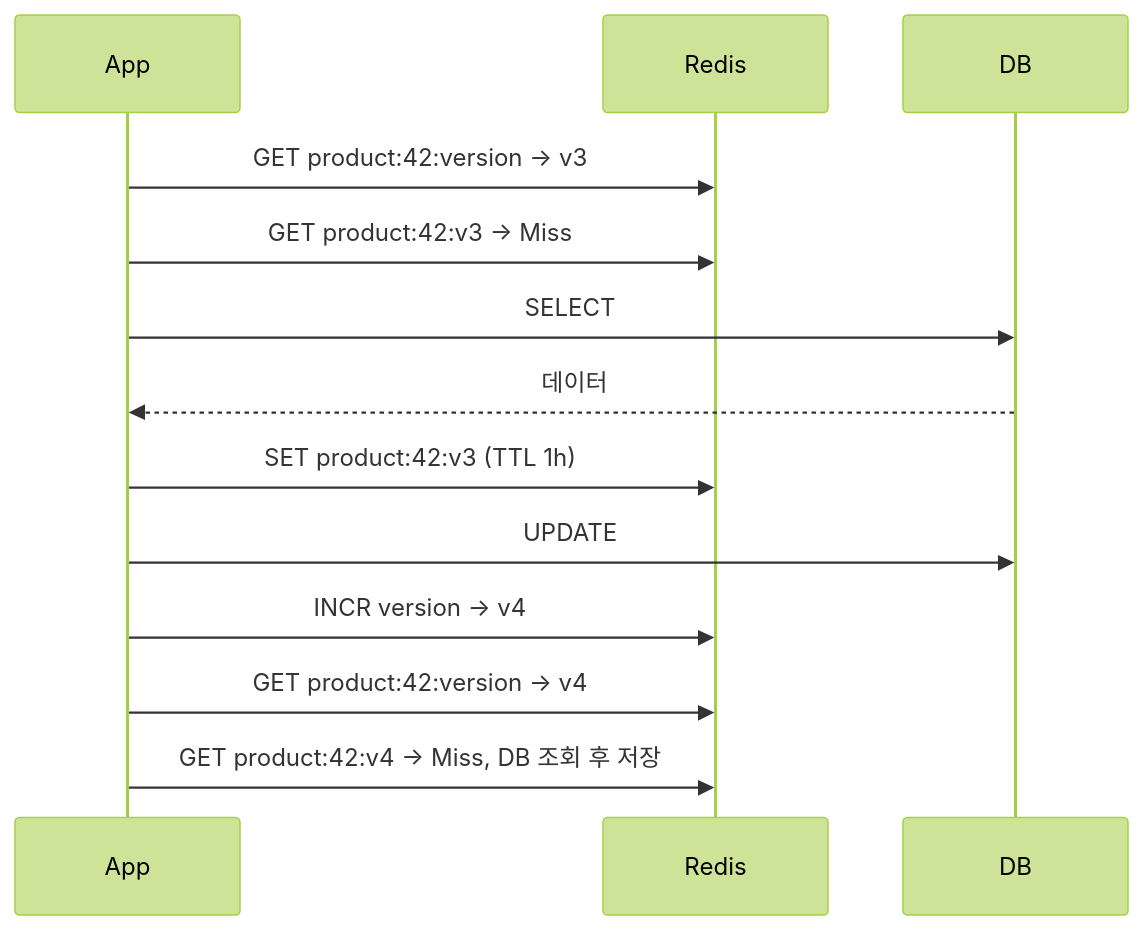
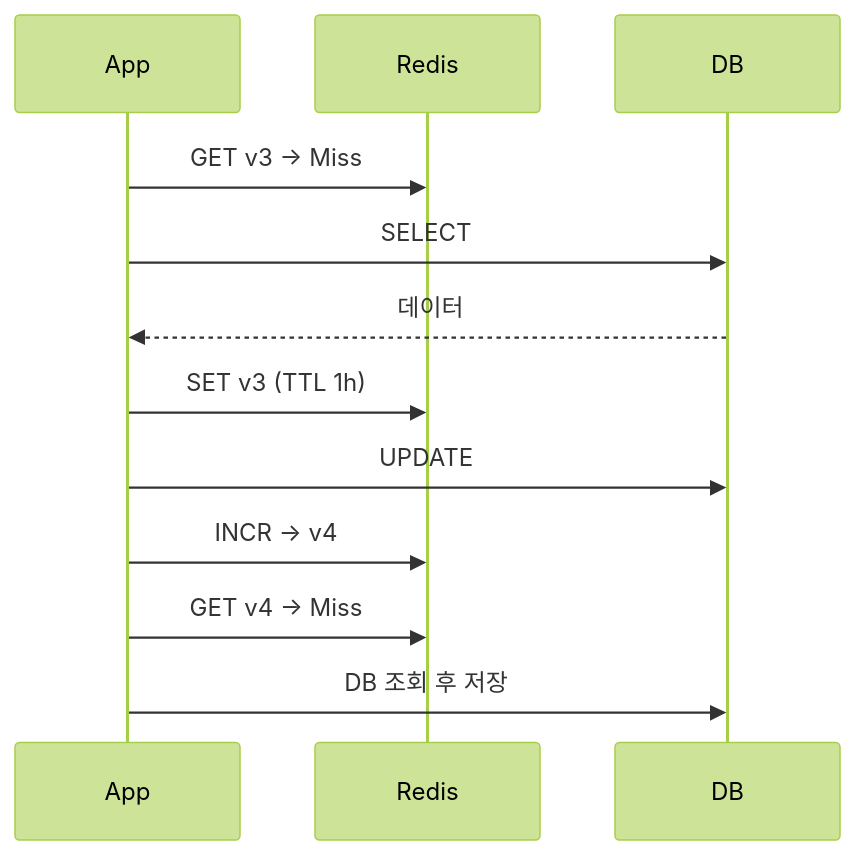
The third of 8 diagrams in _posts/caching/2026-05-03-cache-invalidation.md (yjkim2015/yjkim2015.github.io), drawn with Mermaid (forest theme) before and after one commit. The commit also changed other lines of this file and 155 other files, not shown here.

First line of the commit message:
Mermaid 전면 수정: subgraph 제거, participant/노드/줄수 축소 (342블록)

````diff
--- a/_posts/caching/2026-05-03-cache-invalidation.md
+++ b/_posts/caching/2026-05-03-cache-invalidation.md
@@ -177,15 +175,14 @@
 ```mermaid
 sequenceDiagram
     participant App
     participant Redis
     participant DB
-    App->>Redis: GET product:42:version → v3
-    App->>Redis: GET product:42:v3 → Miss
+    App->>Redis: GET v3 → Miss
     App->>DB: SELECT
     DB-->>App: 데이터
-    App->>Redis: SET product:42:v3 (TTL 1h)
+    App->>Redis: SET v3 (TTL 1h)
     App->>DB: UPDATE
-    App->>Redis: INCR version → v4
-    App->>Redis: GET product:42:version → v4
-    App->>Redis: GET product:42:v4 → Miss, DB 조회 후 저장
+    App->>Redis: INCR → v4
+    App->>Redis: GET v4 → Miss
+    App->>DB: DB 조회 후 저장
 ```
````
